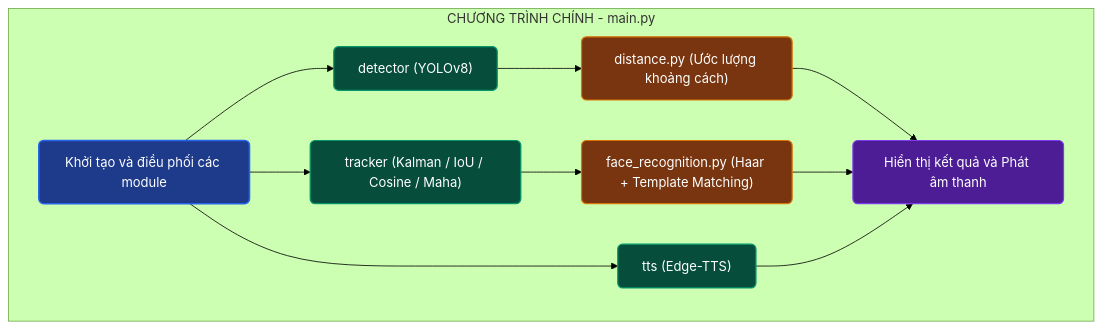
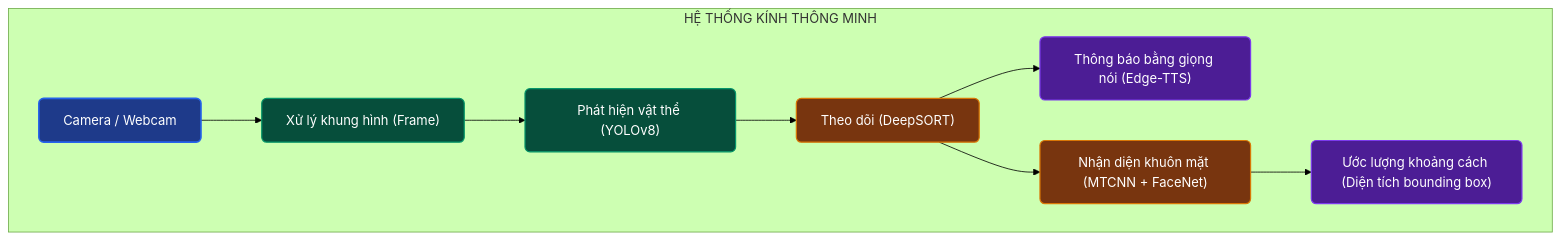
The diagram in code01.md (NagnQyhn217/thigiacmaytinhAnh), drawn with Mermaid (forest theme) before and after one commit.

````diff
--- a/code01.md
+++ b/code01.md
@@ -1,27 +1,22 @@
 ```mermaid
 graph TD
     classDef mainApp stroke:#2563eb,stroke-width:2px,fill:#1e3a8a,color:#ffffff,rx:6px,ry:6px;
     classDef module stroke:#059669,stroke-width:1.5px,fill:#064e3b,color:#ffffff,rx:6px,ry:6px;
     classDef subModule stroke:#d97706,stroke-width:1.5px,fill:#78350f,color:#ffffff,rx:6px,ry:6px;
     classDef output stroke:#7c3aed,stroke-width:1.5px,fill:#4c1d95,color:#ffffff,rx:6px,ry:6px;
 
-    subgraph MAIN ["CHƯƠNG TRÌNH CHÍNH - main.py"]
-        A["Khởi tạo và điều phối các module"]
-
-        A --> B["detector (YOLOv8)"]
-        A --> C["tracker (Kalman / IoU / Cosine / Maha)"]
-        A --> D["tts (Edge-TTS)"]
-
-        B --> E["distance.py (Ước lượng khoảng cách)"]
-        C --> F["face_recognition.py (Haar + Template Matching)"]
-
-        E --> G["Hiển thị kết quả và Phát âm thanh"]
-        F --> G
-        D --> G
+    subgraph SYSTEM ["HỆ THỐNG KÍNH THÔNG MINH"]
+        A["Camera / Webcam"] --> B["Xử lý khung hình (Frame)"]
+        B --> C["Phát hiện vật thể (YOLOv8)"]
+        C --> D["Theo dõi (DeepSORT)"]
+        
+        D --> E["Thông báo bằng giọng nói (Edge-TTS)"]
+        D --> F["Nhận diện khuôn mặt (MTCNN + FaceNet)"]
+        F --> G["Ước lượng khoảng cách (Diện tích bounding box)"]
     end
 
     class A mainApp;
-    class B,C,D module;
-    class E,F subModule;
-    class G output;
+    class B,C module;
+    class D,F subModule;
+    class E,G output;
 ```
````
